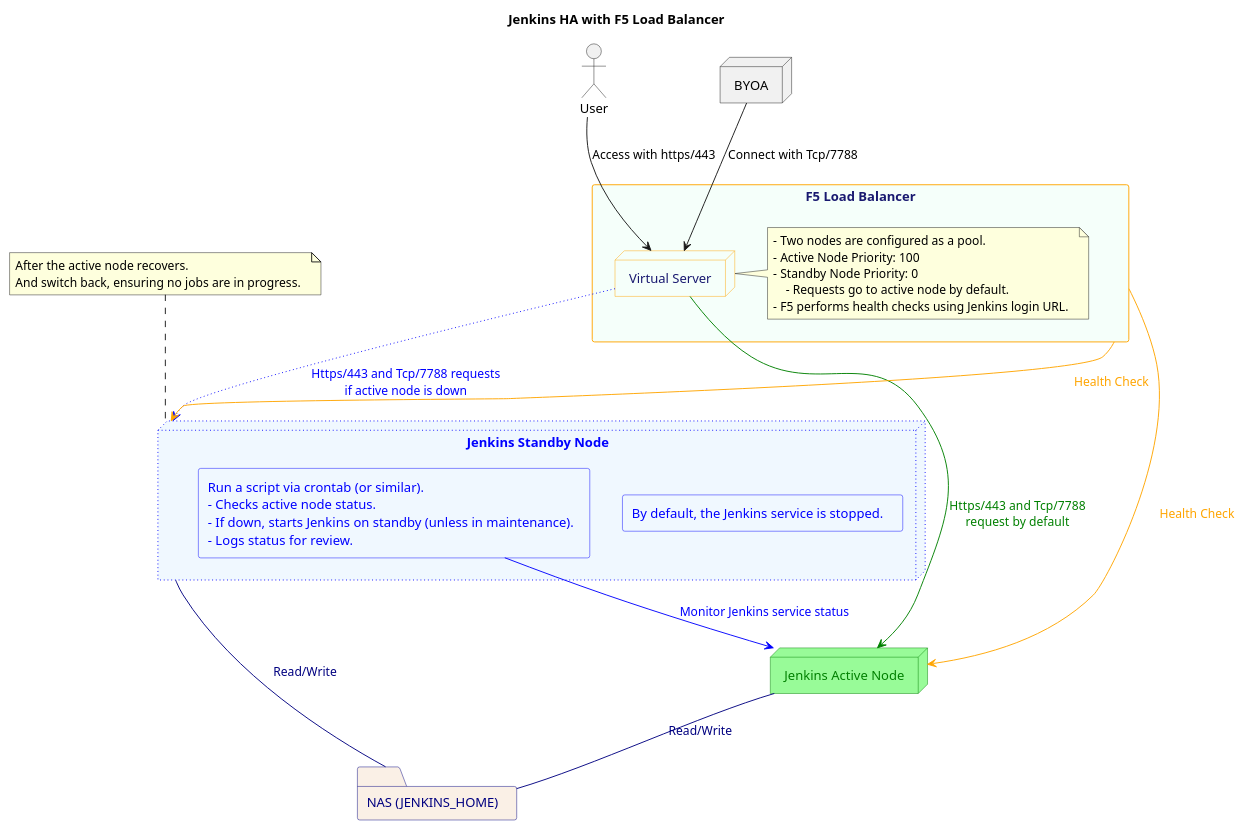
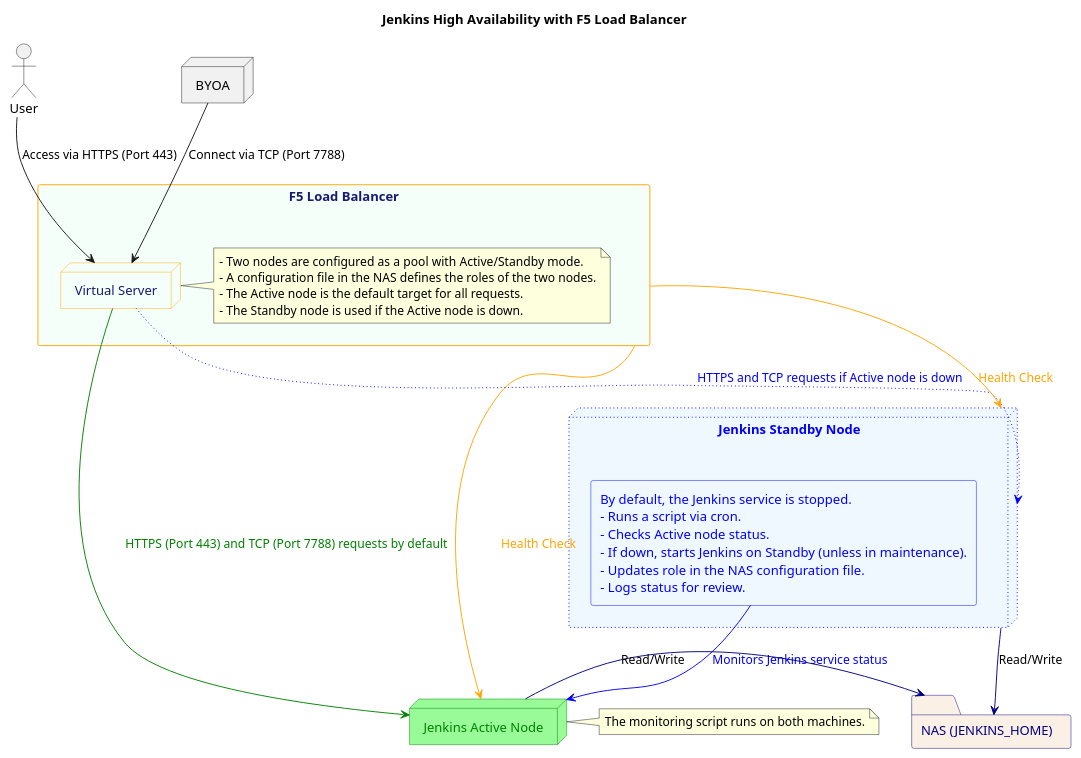
One commit to homeday/morganstanley changed the diagram in jenkins.puml. Above: the diagram before and after it, drawn with PlantUML. The commit also changed 3 other files, not shown here.

```diff
--- a/jenkins.puml
+++ b/jenkins.puml
@@ -1,52 +1,47 @@
 @startuml Jenkins HA with F5 Load Balancer
-title Jenkins HA with F5 Load Balancer
+title Jenkins High Availability with F5 Load Balancer
 
 actor User
 node BYOA
 
 rectangle "F5 Load Balancer" as F5 #MintCream;line:Orange;text:MidnightBlue {
     node "Virtual Server" as VS #MintCream;line:Orange;text:MidnightBlue 
-    note right of VS 
-    - Two nodes are configured as a pool.  
-    - Active Node Priority: 100  
-    - Standby Node Priority: 0  
-        - Requests go to active node by default.  
-    - F5 performs health checks using Jenkins login URL.  
+    note right of VS
+        - Two nodes are configured as a pool with Active/Standby mode.
+        - A configuration file in the NAS defines the roles of the two nodes.
+        - The Active node is the default target for all requests.
+        - The Standby node is used if the Active node is down.
     end note
 }
 
 node "Jenkins Active Node" as Active #palegreen;line:green;text:green
 
 node "Jenkins Standby Node" as Standby #aliceblue;line:blue;line.dotted;text:blue {
     rectangle service #aliceblue;line:blue;text:blue [
-        By default, the Jenkins service is stopped.   
-    ]
-    rectangle Script #aliceblue;line:blue;text:blue [
-        Run a script via crontab (or similar).  
-        - Checks active node status.  
-        - If down, starts Jenkins on standby (unless in maintenance).  
+        By default, the Jenkins service is stopped.
+        - Runs a script via cron.
+        - Checks Active node status.
+        - If down, starts Jenkins on Standby (unless in maintenance).
+        - Updates role in the NAS configuration file.
         - Logs status for review.
     ]
 }
 
-note top of Standby
-After the active node recovers.
-And switch back, ensuring no jobs are in progress.  
-end note
-
 folder "NAS (JENKINS_HOME)" as NAS #linen;line:navy;text:navy
 
-User --> VS : Access with https/443
-BYOA --> VS : Connect with Tcp/7788
+User --> VS : Access via HTTPS (Port 443)
+BYOA --> VS : Connect via TCP (Port 7788)
 
-VS --> Active #green;text:green : Https/443 and Tcp/7788\nrequest by default
+VS --> Active #green;text:green : HTTPS (Port 443) and TCP (Port 7788) requests by default
 F5 --> Active #Orange;text:Orange : Health Check
-VS --> Standby #blue;line.dotted;text:blue : Https/443 and Tcp/7788 requests\nif active node is down
-F5 --> Standby #Orange;text:Orange : Health Check 
+VS --> Standby #blue;line.dotted;text:blue : HTTPS and TCP requests if Active node is down
+F5 --> Standby #Orange;text:Orange : Health Check
 
-Script --> Active #blue;text:blue : Monitor Jenkins service status
-
-Active -- NAS #navy;text:navy : Read/Write
-Standby -- NAS #navy;text:navy : Read/Write
+service --> Active #blue;text:blue : Monitors Jenkins service status
+note right of Active
+    The monitoring script runs on both machines.
+end note
+Active -[#navy]> NAS : Read/Write
+Standby -[#navy]> NAS : Read/Write
 
 @enduml
```
